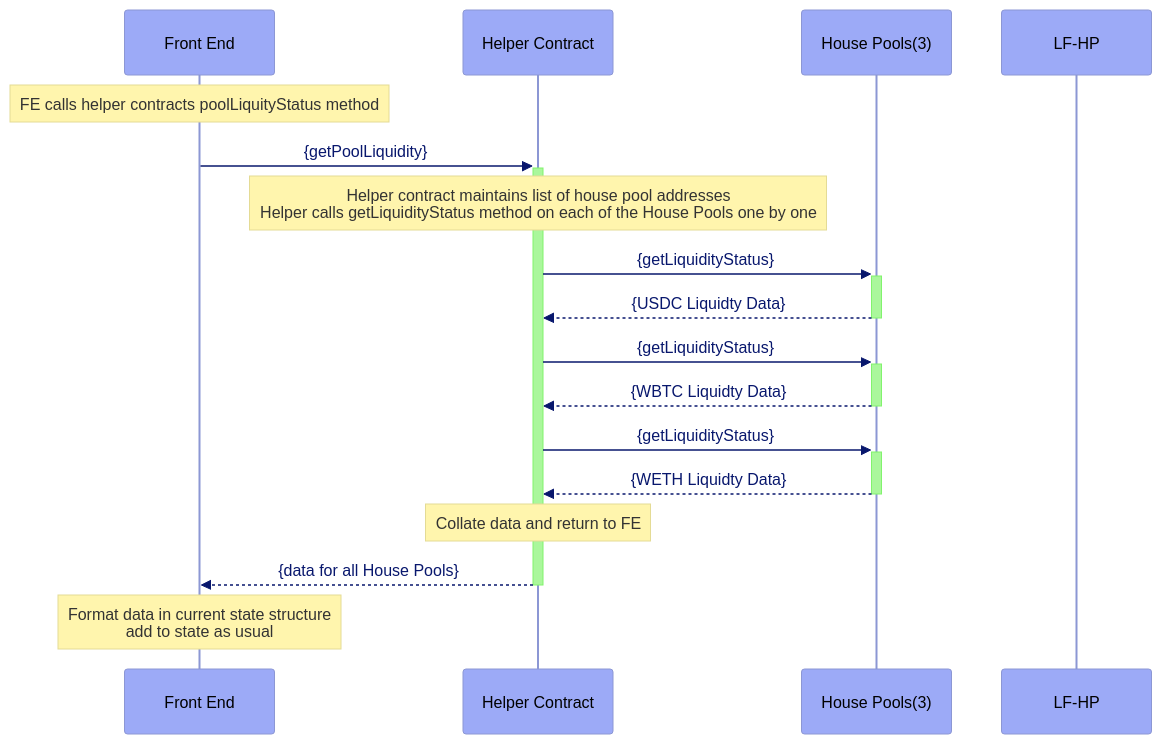
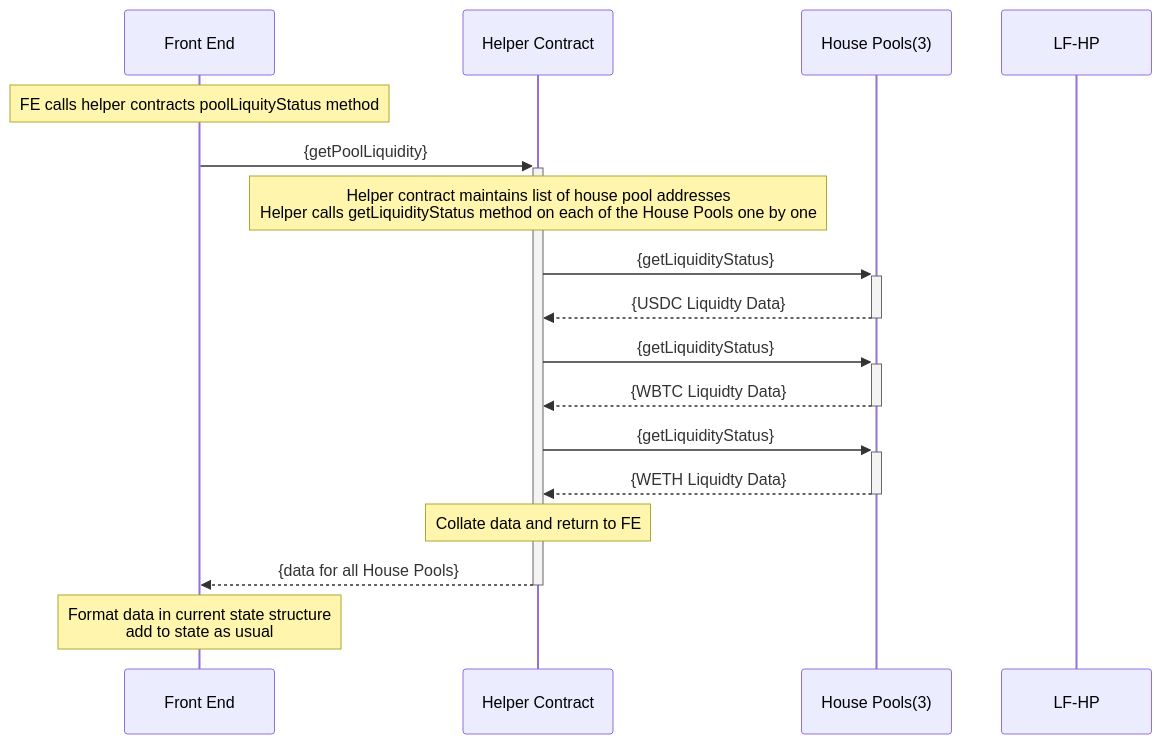
Before and after one commit to Luna-Fi/lunafi-smart-contracts: the diagram in docs/Front_End_Helper.md, drawn with Mermaid.

Commit message:
changed styles

````diff
--- a/docs/Front_End_Helper.md
+++ b/docs/Front_End_Helper.md
@@ -28,25 +28,23 @@
 ```mermaid
 sequenceDiagram
     %%{init:{'theme': 'base', "themeVariables": {
         'primaryColor': '#9caaf7',
-        'primaryTextColor': '#08176d',
-        'actorTextColor':'#000000'
     }
     }}%%
     participant A as Front End
     participant B as Helper Contract
     participant C as House Pools(3)
     participant D as LF-HP
     Note over A: FE calls helper contracts poolLiquityStatus method
     A->>+B: {getPoolLiquidity}
     Note over B: Helper contract maintains list of house pool addresses<br />Helper calls getLiquidityStatus method on each of the House Pools one by one
     B->>+C: {getLiquidityStatus}
     C-->>-B: {USDC Liquidty Data}
     B->>+C: {getLiquidityStatus}
     C-->>-B: {WBTC Liquidty Data}
     B->>+C: {getLiquidityStatus}
     C-->>-B: {WETH Liquidty Data}
     Note over B: Collate data and return to FE
     B-->>-A: {data for all House Pools}
     Note over A: Format data in current state structure<br />add to state as usual
 ```
````
